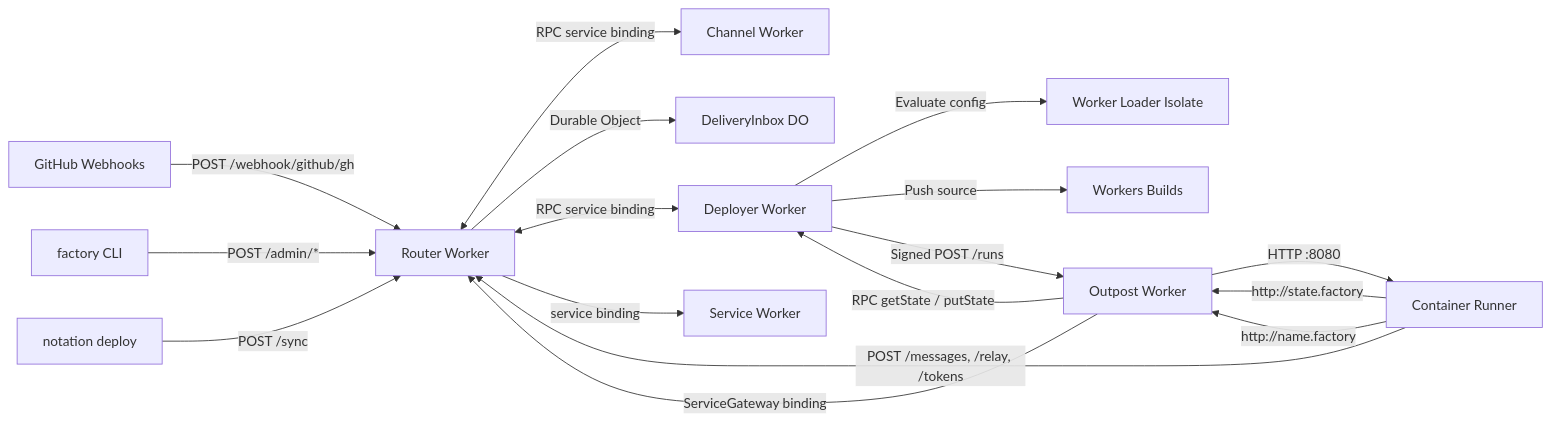
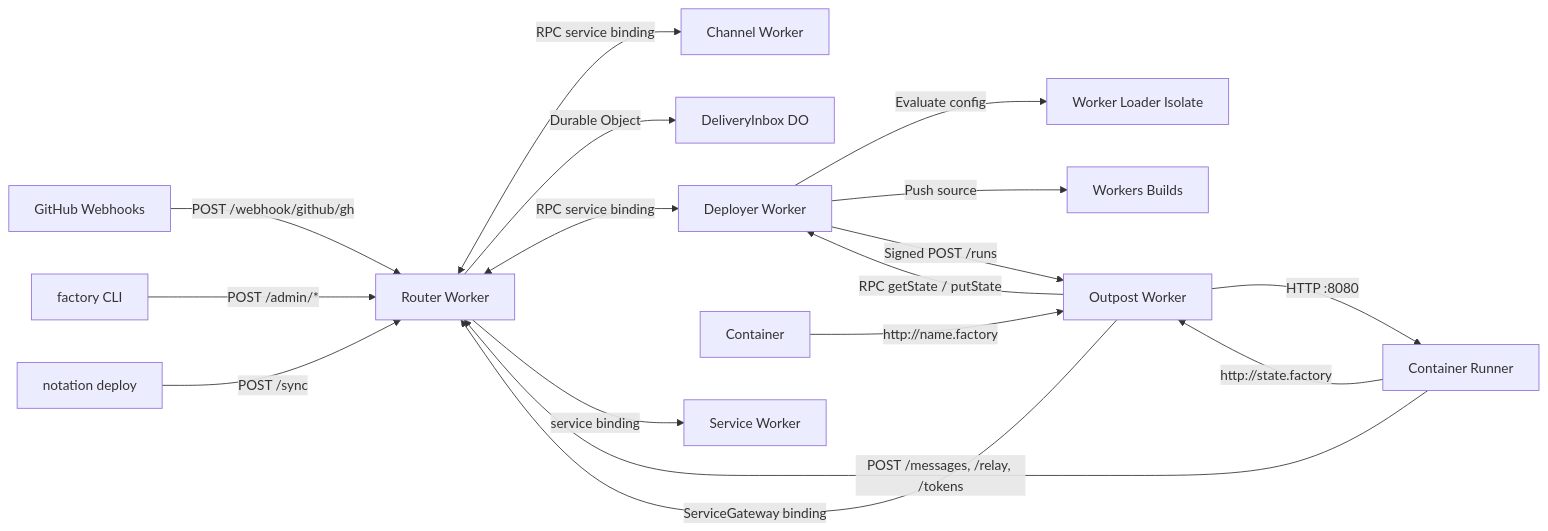
Before and after one commit to notationlabs/factory: the diagram in docs/internals/architecture.md, drawn with Mermaid. The commit also changed 7 other files, not shown here.

````diff
--- a/docs/internals/architecture.md
+++ b/docs/internals/architecture.md
@@ -5,22 +5,22 @@
 ```mermaid [Hub and outpost architecture]
 flowchart LR
   GH["GitHub Webhooks"] -->|POST /webhook/github/gh| Router["Router Worker"]
   CLI["factory CLI"] -->|POST /admin/*| Router
   Deploy["notation deploy"] -->|POST /sync| Router
 
   Router <-->|RPC service binding| Channel["Channel Worker"]
   Router -->|Durable Object| Inbox["DeliveryInbox DO"]
   Router <-->|RPC service binding| Deployer["Deployer Worker"]
 
   Deployer -->|Evaluate config| Loader["Worker Loader Isolate"]
   Deployer -->|Push source| Builds["Workers Builds"]
   Deployer -->|Signed POST /runs| Outpost["Outpost Worker"]
 
   Outpost -->|HTTP :8080| Runner["Container Runner"]
   Runner -->|POST /messages, /relay, /tokens| Router
   Runner -->|http://state.factory| Outpost
   Outpost -->|RPC getState / putState| Deployer
-  Runner -->|http://name.factory| Outpost
+  Container["Container"] -->|http://name.factory| Outpost
   Outpost -->|ServiceGateway binding| Router
   Router -->|service binding| Service["Service Worker"]
 ```
````
